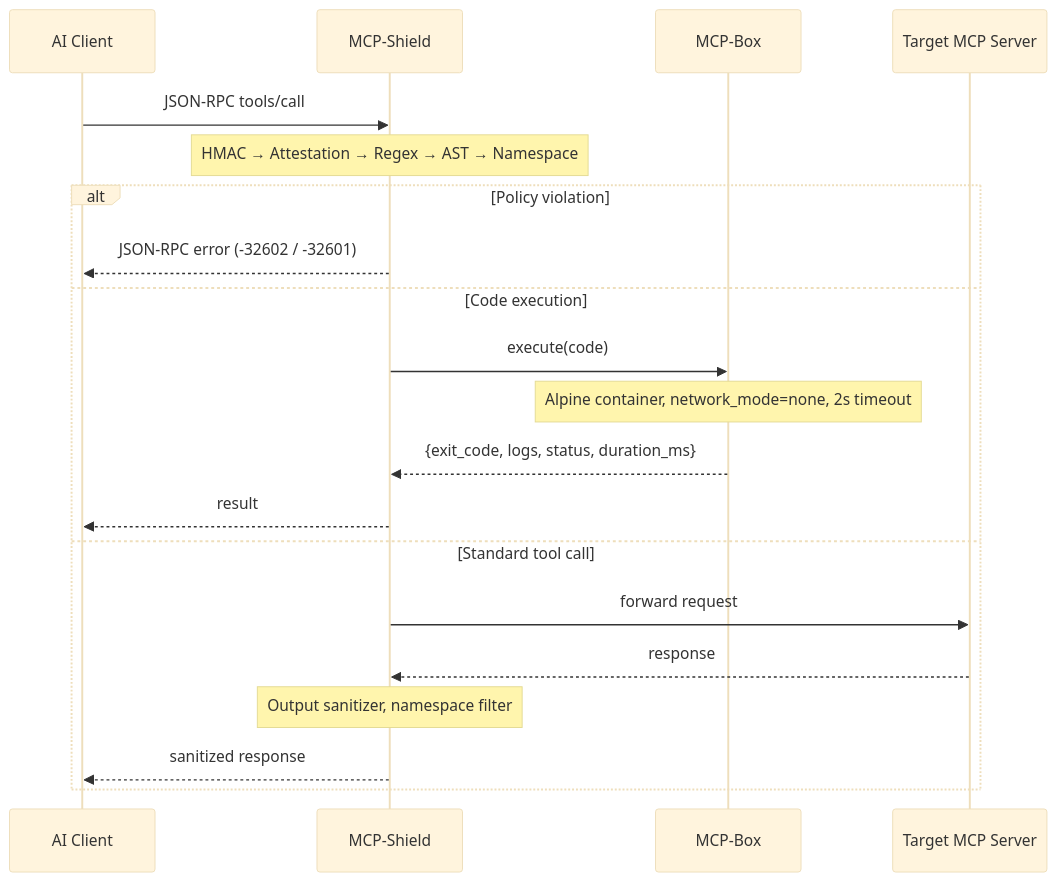
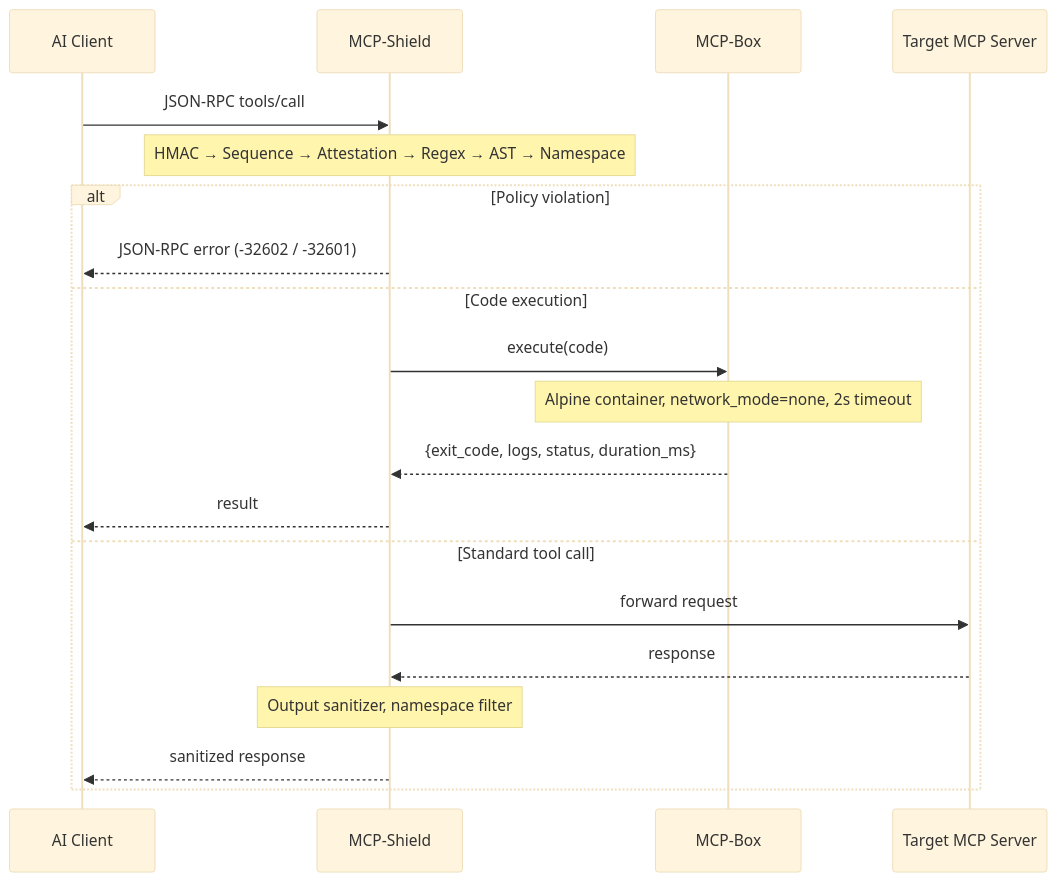
Before and after one commit to rishitnanda/mcp_secure: the diagram in docs/architecture.md, drawn with Mermaid. The commit also changed 5 other files, not shown here.

````diff
--- a/docs/architecture.md
+++ b/docs/architecture.md
@@ -11,24 +11,24 @@
 ```mermaid
 %%{init: {'theme': 'base', 'themeVariables': {'loopTextColor': 'var(--md-default-fg-color)'}}}%%
 sequenceDiagram
     participant Client as AI Client
     participant Shield as MCP-Shield
     participant Sandbox as MCP-Box
     participant Server as Target MCP Server
 
     Client->>Shield: JSON-RPC tools/call
-    Note over Shield: HMAC → Attestation → Regex → AST → Namespace
+    Note over Shield: HMAC → Sequence → Attestation → Regex → AST → Namespace
     alt Policy violation
         Shield-->>Client: JSON-RPC error (-32602 / -32601)
     else Code execution
         Shield->>Sandbox: execute(code)
         Note over Sandbox: Alpine container, network_mode=none, 2s timeout
         Sandbox-->>Shield: {exit_code, logs, status, duration_ms}
         Shield-->>Client: result
     else Standard tool call
         Shield->>Server: forward request
         Server-->>Shield: response
         Note over Shield: Output sanitizer, namespace filter
         Shield-->>Client: sanitized response
     end
 ```
````
